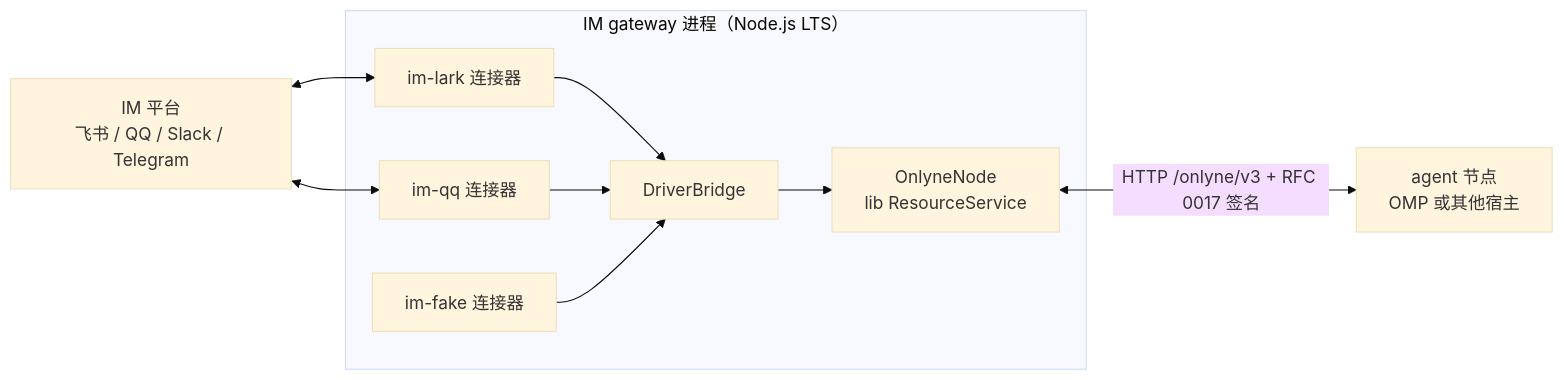
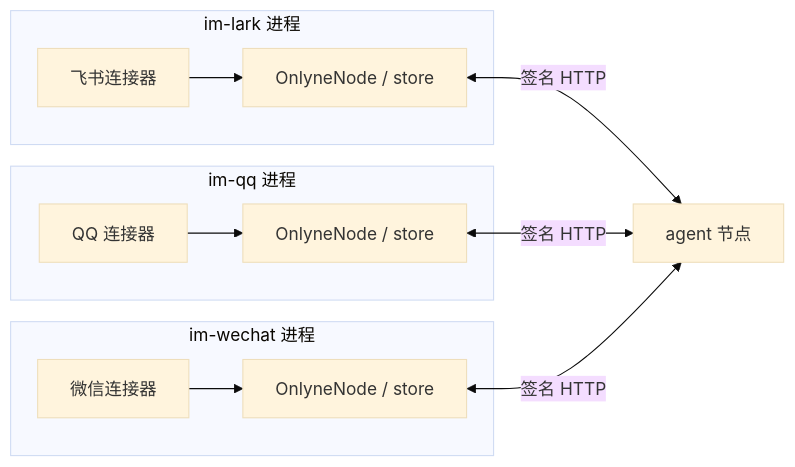
One commit to dbydd/onlyne changed the diagram in docs/design/im/README.md. Above: the diagram before and after it, drawn with Mermaid (base theme). The commit also changed other lines of this file and 21 other files, not shown here.

````diff
--- a/docs/design/im/README.md
+++ b/docs/design/im/README.md
@@ -11,20 +11,16 @@
 ```mermaid
 flowchart LR
-    subgraph im_gateway[IM gateway 进程（Node.js LTS）]
-        node[OnlyneNode<br/>lib ResourceService]
-        bridge[DriverBridge]
-        lark[im-lark 连接器]
-        qq[im-qq 连接器]
-        fake[im-fake 连接器]
+    subgraph lark_node[im-lark 进程]
+        lark[飞书连接器] --> lark_resource[OnlyneNode / store]
     end
-    platform[IM 平台<br/>飞书 / QQ / Slack / Telegram]
-    agents[agent 节点<br/>OMP 或其他宿主]
-
-    platform <--> lark
-    platform <--> qq
-    lark --> bridge
-    qq --> bridge
-    fake --> bridge
-    bridge --> node
-    node <-->|HTTP /onlyne/v3 + RFC 0017 签名| agents
+    subgraph qq_node[im-qq 进程]
+        qq[QQ 连接器] --> qq_resource[OnlyneNode / store]
+    end
+    subgraph wechat_node[im-wechat 进程]
+        wechat[微信连接器] --> wechat_resource[OnlyneNode / store]
+    end
+    agents[agent 节点]
+    lark_resource <-->|签名 HTTP| agents
+    qq_resource <-->|签名 HTTP| agents
+    wechat_resource <-->|签名 HTTP| agents
 ```
````
